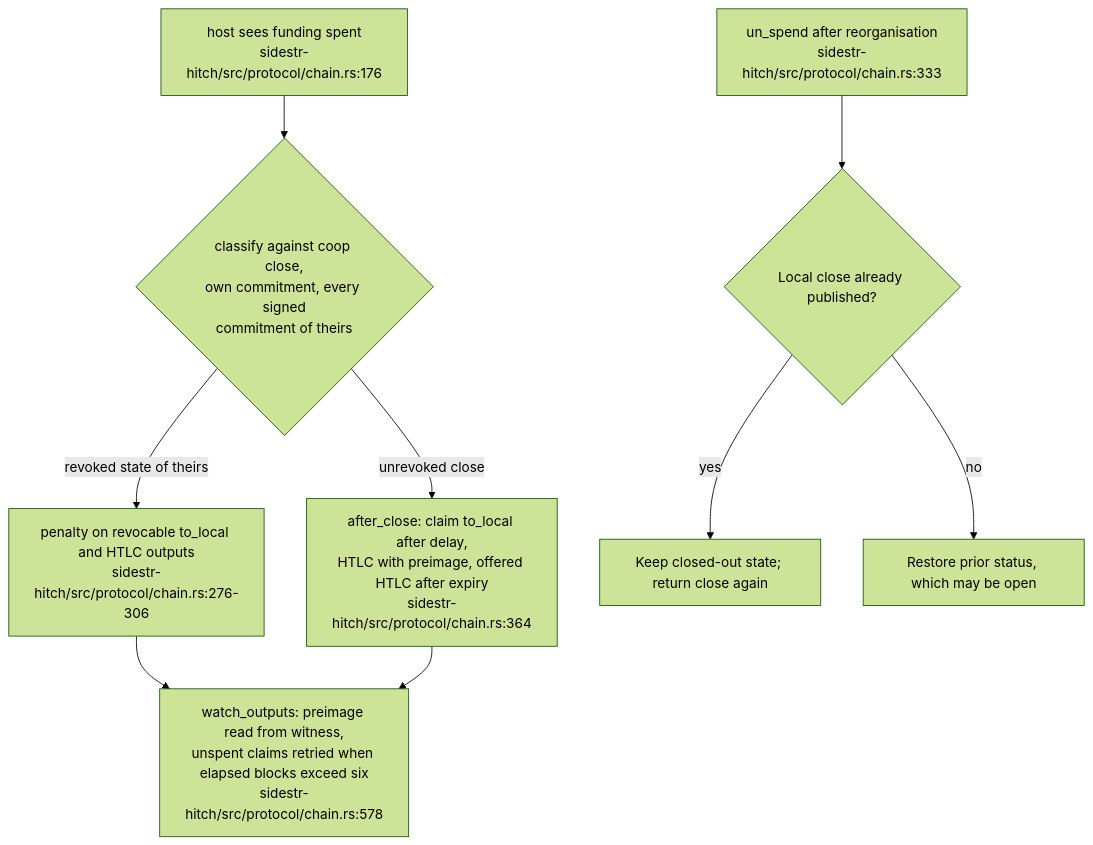
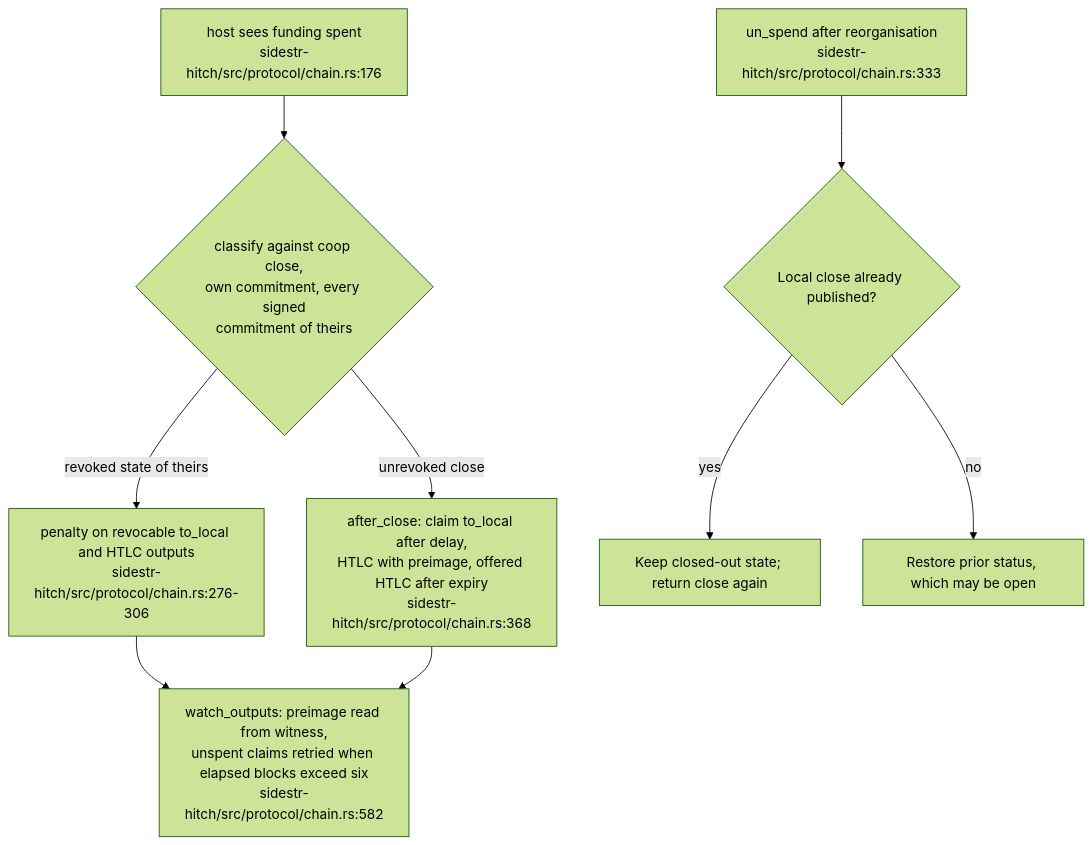
The fourth of 5 diagrams in docs/diagrams/sidestr-rs/04-hitch-channel-kernel-and-host-gap.md (DreamLab-AI/VisionFlow), drawn with Mermaid (forest theme) before and after one commit. The commit also changed other lines of this file, not shown here.

First line of the commit message:
docs(diagrams): SR-04 records the Hitch follower's genesis pin and re-stamps to sidestr-rs 04804c89

````diff
--- a/docs/diagrams/sidestr-rs/04-hitch-channel-kernel-and-host-gap.md
+++ b/docs/diagrams/sidestr-rs/04-hitch-channel-kernel-and-host-gap.md
@@ -114,11 +114,11 @@
 ```mermaid
 flowchart TB
     SPEND["host sees funding spent<br/>sidestr-hitch/src/protocol/chain.rs:176"] --> CLS{"classify against coop close,<br/>own commitment, every signed<br/>commitment of theirs"}
     CLS -->|"revoked state of theirs"| PEN["penalty on revocable to_local and HTLC outputs<br/>sidestr-hitch/src/protocol/chain.rs:276-306"]
-    CLS -->|"unrevoked close"| AFTER["after_close: claim to_local after delay,<br/>HTLC with preimage, offered HTLC after expiry<br/>sidestr-hitch/src/protocol/chain.rs:364"]
+    CLS -->|"unrevoked close"| AFTER["after_close: claim to_local after delay,<br/>HTLC with preimage, offered HTLC after expiry<br/>sidestr-hitch/src/protocol/chain.rs:368"]
     PEN --> WATCH
-    AFTER --> WATCH["watch_outputs: preimage read from witness,<br/>unspent claims retried when elapsed blocks exceed six<br/>sidestr-hitch/src/protocol/chain.rs:578"]
+    AFTER --> WATCH["watch_outputs: preimage read from witness,<br/>unspent claims retried when elapsed blocks exceed six<br/>sidestr-hitch/src/protocol/chain.rs:582"]
     REORG["un_spend after reorganisation<br/>sidestr-hitch/src/protocol/chain.rs:333"] --> BACK{"Local close already published?"}
     BACK -->|yes| AGAIN["Keep closed-out state; return close again"]
     BACK -->|no| PREV["Restore prior status, which may be open"]
 ```
````
